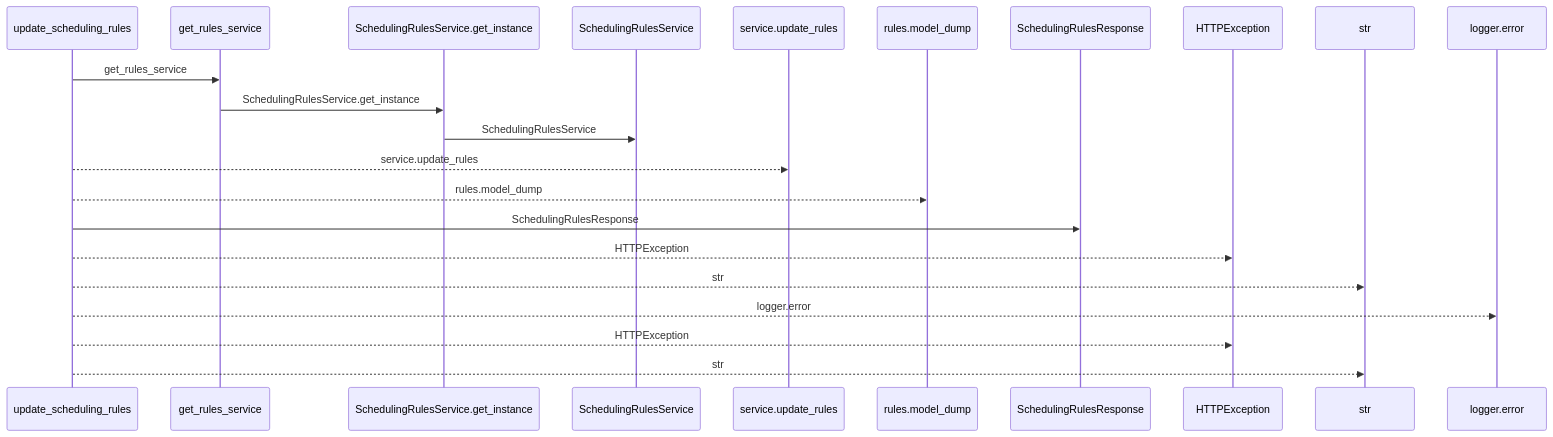
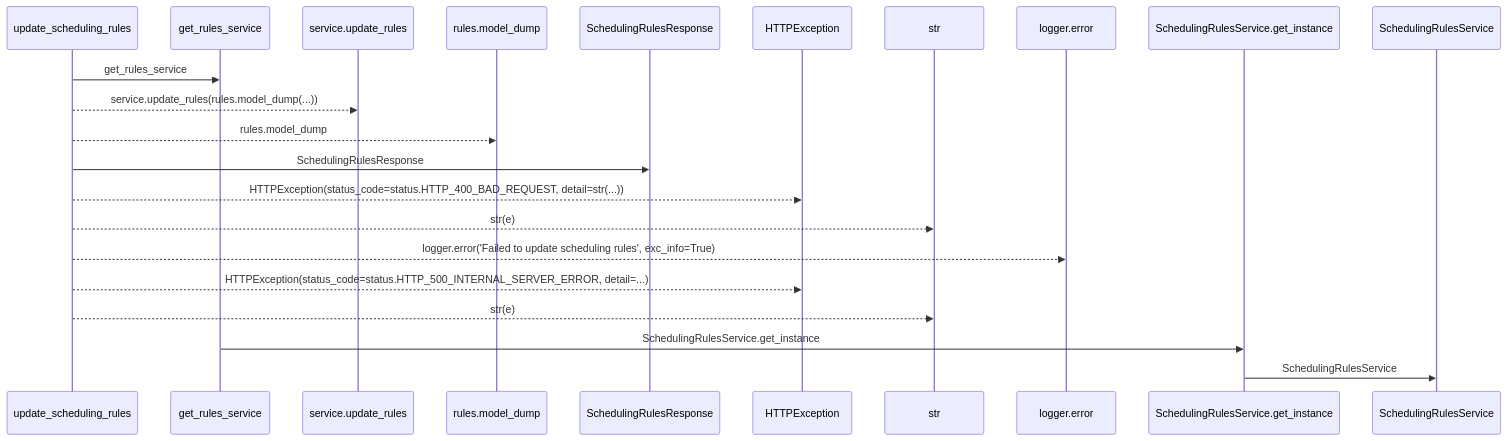
The first of 2 diagrams in docs/llm_wiki/flows/http-update_scheduling_rules.md (Denissvgn/WorkChord), drawn with Mermaid before and after one commit. The commit also changed other lines of this file and 25171 other files, not shown here.

````diff
--- a/docs/llm_wiki/flows/http-update_scheduling_rules.md
+++ b/docs/llm_wiki/flows/http-update_scheduling_rules.md
@@ -10,24 +12,24 @@
 ```mermaid
 sequenceDiagram
     participant p0 as update_scheduling_rules
     participant p1 as get_rules_service
-    participant p2 as SchedulingRulesService.get_instance
-    participant p3 as SchedulingRulesService
-    participant p4 as service.update_rules
-    participant p5 as rules.model_dump
-    participant p6 as SchedulingRulesResponse
-    participant p7 as HTTPException
-    participant p8 as str
-    participant p9 as logger.error
+    participant p2 as service.update_rules
+    participant p3 as rules.model_dump
+    participant p4 as SchedulingRulesResponse
+    participant p5 as HTTPException
+    participant p6 as str
+    participant p7 as logger.error
+    participant p8 as SchedulingRulesService.get_instance
+    participant p9 as SchedulingRulesService
     p0->>p1: get_rules_service
-    p1->>p2: SchedulingRulesService.get_instance
-    p2->>p3: SchedulingRulesService
-    p0-->>p4: service.update_rules
-    p0-->>p5: rules.model_dump
-    p0->>p6: SchedulingRulesResponse
-    p0-->>p7: HTTPException
-    p0-->>p8: str
-    p0-->>p9: logger.error
-    p0-->>p7: HTTPException
-    p0-->>p8: str
+    p0-->>p2: service.update_rules(rules.model_dump(...))
+    p0-->>p3: rules.model_dump
+    p0->>p4: SchedulingRulesResponse
+    p0-->>p5: HTTPException(status_code=status.HTTP_400_BAD_REQUEST, detail=str(...))
+    p0-->>p6: str(e)
+    p0-->>p7: logger.error('Failed to update scheduling rules', exc_info=True)
+    p0-->>p5: HTTPException(status_code=status.HTTP_500_INTERNAL_SERVER_ERROR, detail=...)
+    p0-->>p6: str(e)
+    p1->>p8: SchedulingRulesService.get_instance
+    p8->>p9: SchedulingRulesService
 ```
````
